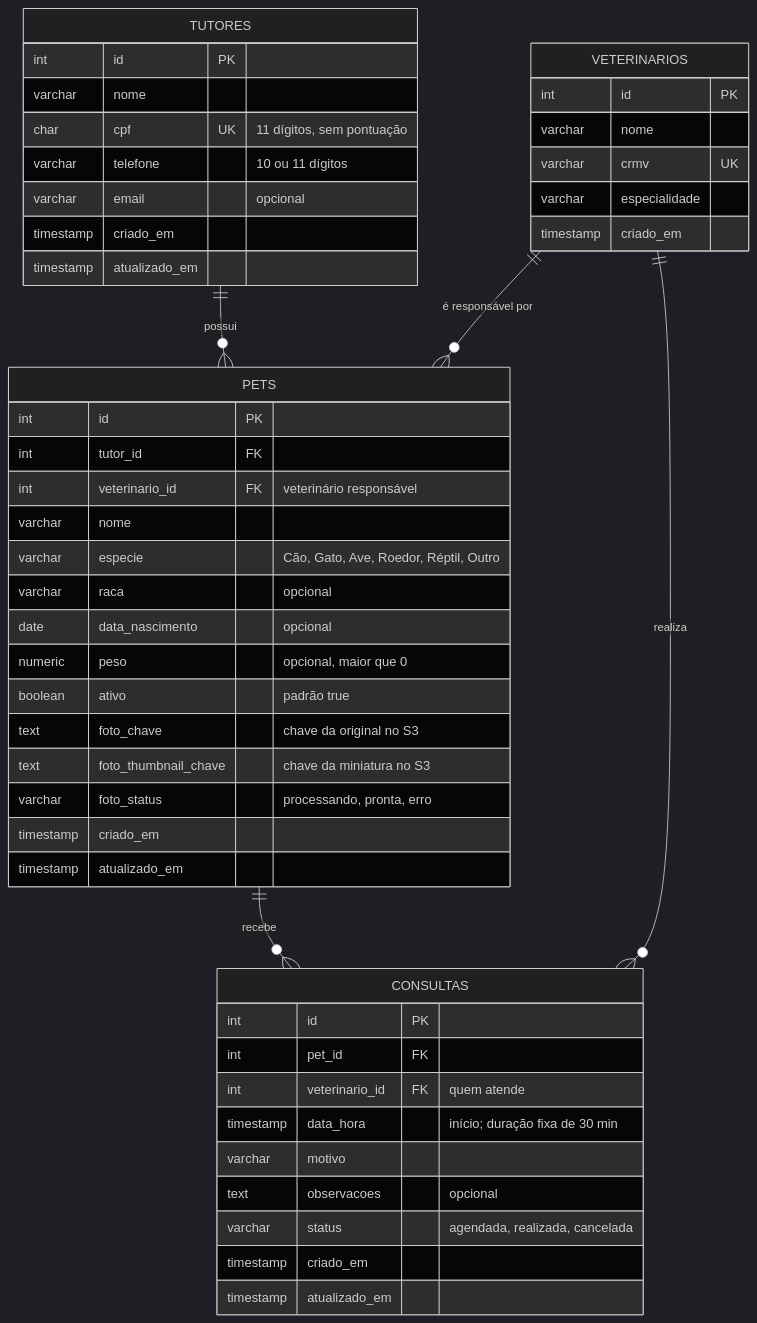
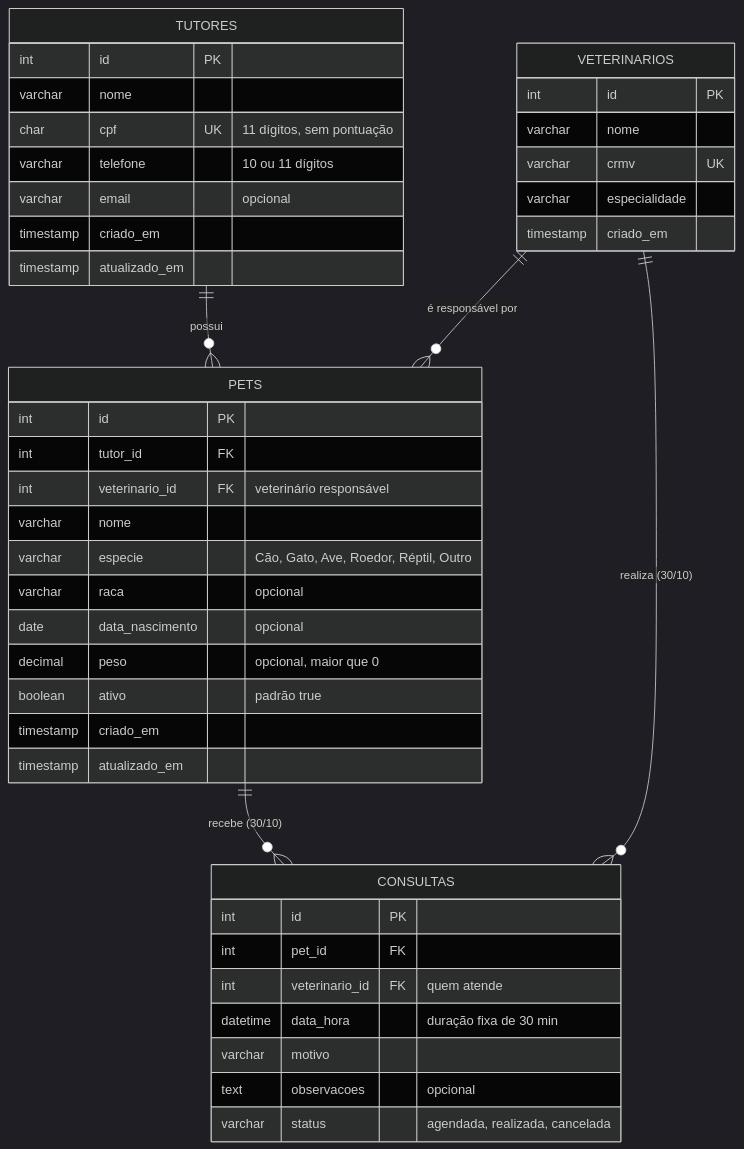
The third of 3 diagrams in specs/design.md (AnaBeatrizOliver/Projeto-de-Nuvem-), drawn with Mermaid (dark theme) before and after one commit. The commit also changed other lines of this file and 11 other files, not shown here.

````diff
--- a/specs/design.md
+++ b/specs/design.md
@@ -128,51 +111,46 @@
 ```mermaid
 erDiagram
     TUTORES ||--o{ PETS : "possui"
     VETERINARIOS ||--o{ PETS : "é responsável por"
-    PETS ||--o{ CONSULTAS : "recebe"
-    VETERINARIOS ||--o{ CONSULTAS : "realiza"
+    PETS ||--o{ CONSULTAS : "recebe (30/10)"
+    VETERINARIOS ||--o{ CONSULTAS : "realiza (30/10)"
 
     TUTORES {
         int id PK
         varchar nome
         char cpf UK "11 dígitos, sem pontuação"
         varchar telefone "10 ou 11 dígitos"
         varchar email "opcional"
         timestamp criado_em
         timestamp atualizado_em
     }
     VETERINARIOS {
         int id PK
         varchar nome
         varchar crmv UK
         varchar especialidade
         timestamp criado_em
     }
     PETS {
         int id PK
         int tutor_id FK
         int veterinario_id FK "veterinário responsável"
         varchar nome
         varchar especie "Cão, Gato, Ave, Roedor, Réptil, Outro"
         varchar raca "opcional"
         date data_nascimento "opcional"
-        numeric peso "opcional, maior que 0"
+        decimal peso "opcional, maior que 0"
         boolean ativo "padrão true"
-        text foto_chave "chave da original no S3"
-        text foto_thumbnail_chave "chave da miniatura no S3"
-        varchar foto_status "processando, pronta, erro"
         timestamp criado_em
         timestamp atualizado_em
     }
     CONSULTAS {
         int id PK
         int pet_id FK
         int veterinario_id FK "quem atende"
-        timestamp data_hora "início; duração fixa de 30 min"
+        datetime data_hora "duração fixa de 30 min"
         varchar motivo
         text observacoes "opcional"
         varchar status "agendada, realizada, cancelada"
-        timestamp criado_em
-        timestamp atualizado_em
     }
 ```
````
